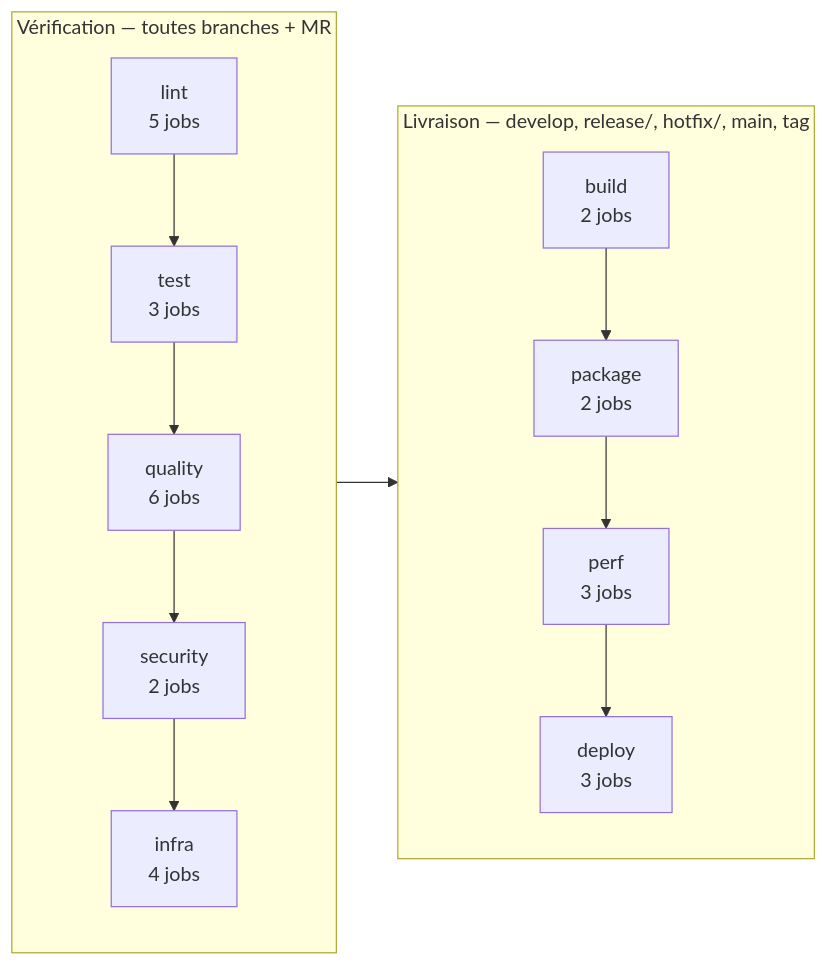
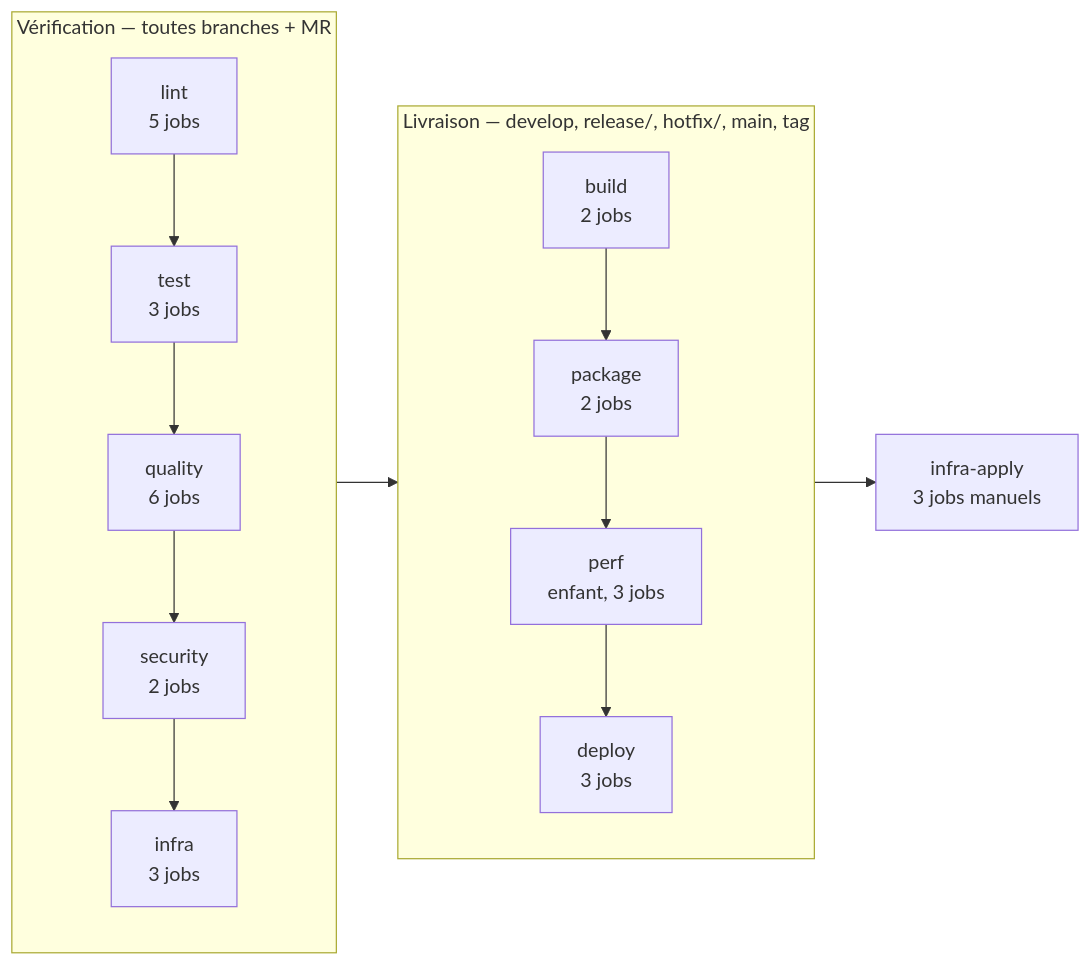
Before and after one commit to TedPasquiet/G-rez-le-cycle-de-vie-de-d-veloppement-logiciel: the diagram in docs/schemas/ci-squelette.mmd, drawn with Mermaid. The commit also changed 22 other files, not shown here.

Commit message:
refactor(ci): découpe le pipeline en 13 fichiers et le passe en graphe

```diff
--- a/docs/schemas/ci-squelette.mmd
+++ b/docs/schemas/ci-squelette.mmd
@@ -1,12 +1,13 @@
-%% Schéma — Le squelette du pipeline : neuf étapes, deux régimes.
+%% Schéma — Le squelette du pipeline : dix étapes, deux régimes.
 %% Source versionnée du bloc Mermaid de docs/pipeline-ci.md §2.
-%% Les étapes s'exécutent strictement dans l'ordre : c'est le régime par défaut
-%% de GitLab, et il gouverne 18 des 30 jobs.
+%% La dixième étape, `infra-apply`, est un correctif : un job manuel sans
+%% allow_failure est BLOQUANT, il ne peut donc pas vivre au milieu du pipeline.
 flowchart LR
     subgraph V["Vérification — toutes branches + MR"]
-        l["lint<br/>5 jobs"] --> t["test<br/>3 jobs"] --> q["quality<br/>6 jobs"] --> s["security<br/>2 jobs"] --> i["infra<br/>4 jobs"]
+        l["lint<br/>5 jobs"] --> t["test<br/>3 jobs"] --> q["quality<br/>6 jobs"] --> s["security<br/>2 jobs"] --> i["infra<br/>3 jobs"]
     end
     subgraph C["Livraison — develop, release/, hotfix/, main, tag"]
-        b["build<br/>2 jobs"] --> p["package<br/>2 jobs"] --> f["perf<br/>3 jobs"] --> d["deploy<br/>3 jobs"]
+        b["build<br/>2 jobs"] --> p["package<br/>2 jobs"] --> f["perf<br/>enfant, 3 jobs"] --> d["deploy<br/>3 jobs"]
     end
     V --> C
+    C --> a["infra-apply<br/>3 jobs manuels"]
```
